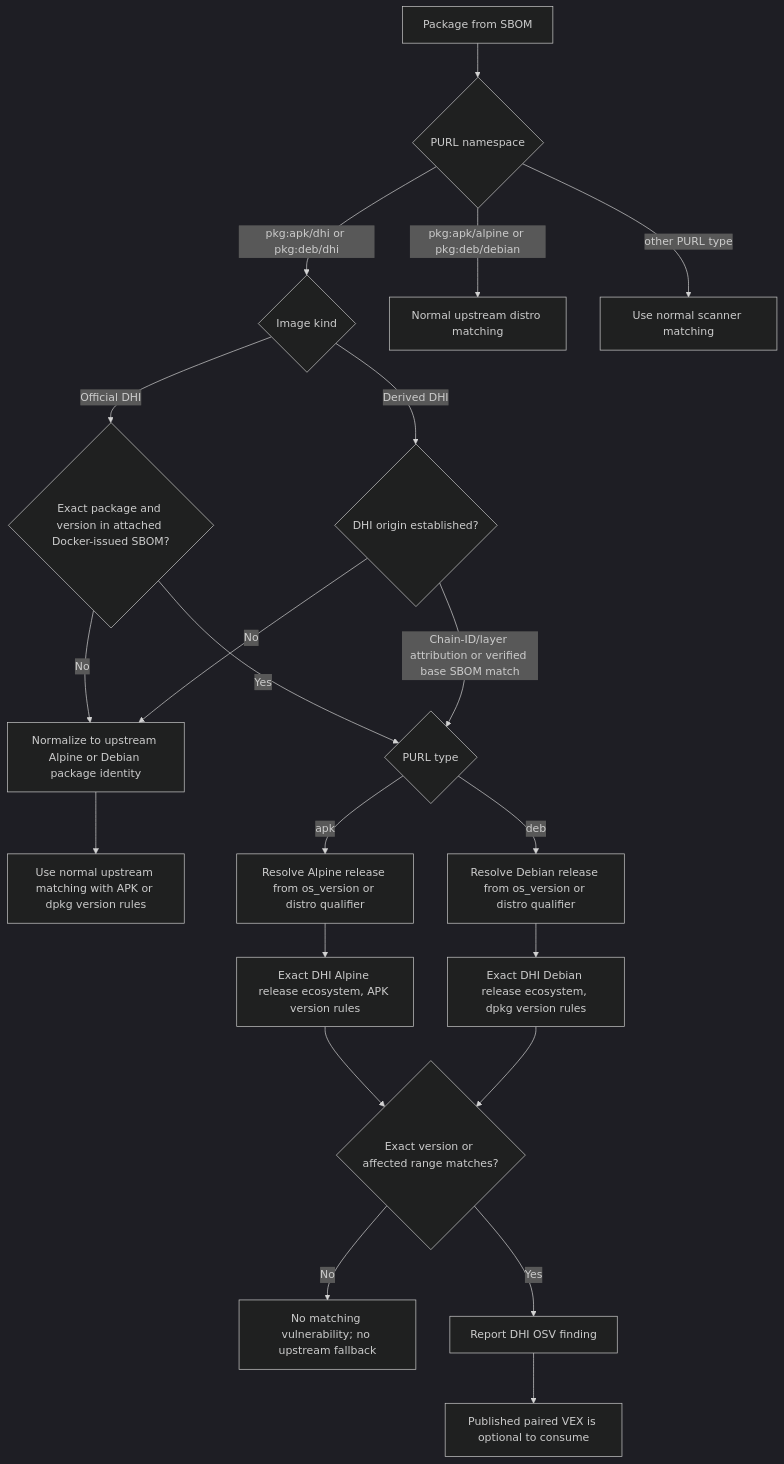
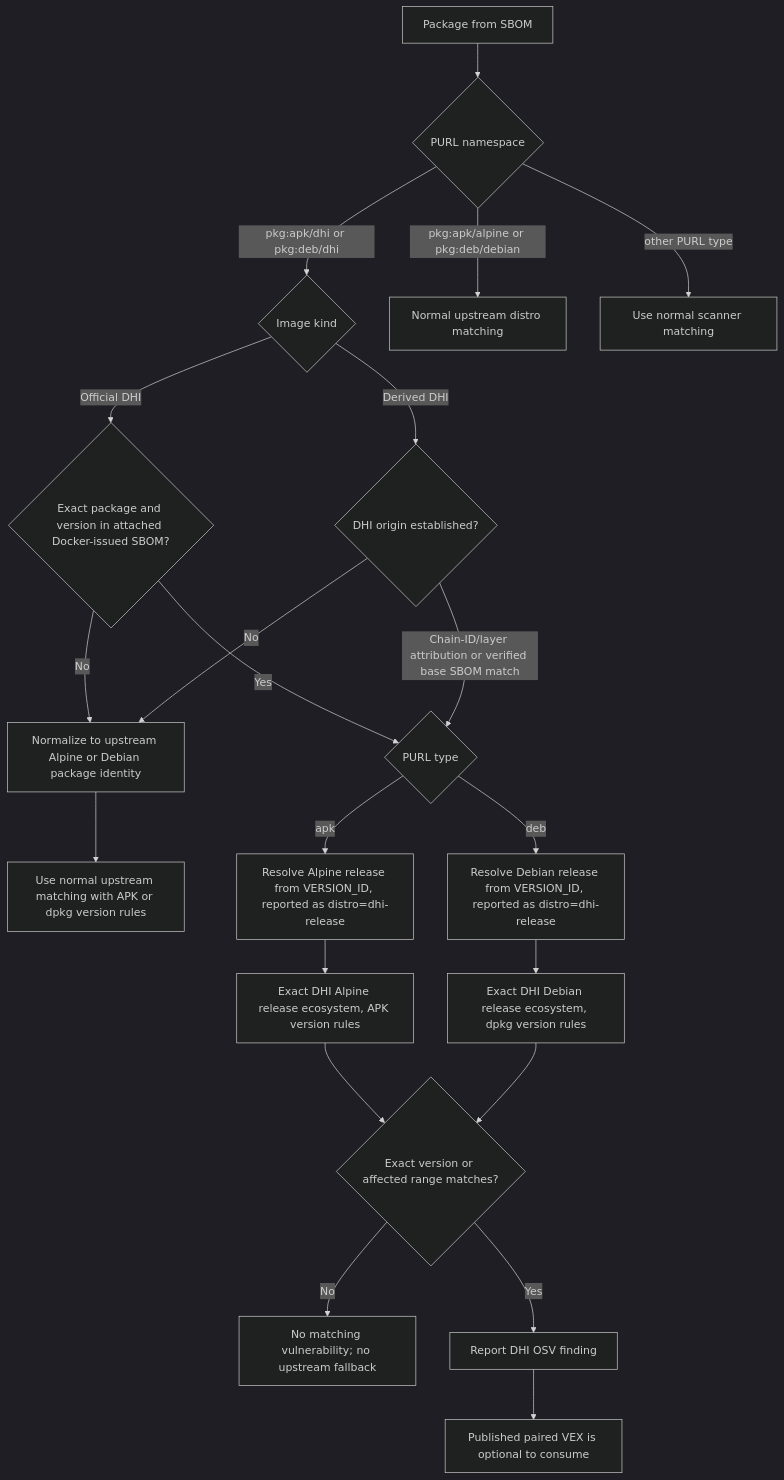
The second of 4 diagrams in integration/upcoming-id-dhi/docs/decision-trees.md (docker-hardened-images/advisories), drawn with Mermaid (dark theme) before and after one commit. The commit also changed 5 other files, not shown here.

````diff
--- a/integration/upcoming-id-dhi/docs/decision-trees.md
+++ b/integration/upcoming-id-dhi/docs/decision-trees.md
@@ -18,23 +18,23 @@
 ```mermaid
 flowchart TD
   A[Package from SBOM] --> B{PURL namespace}
   B -->|pkg:apk/dhi or pkg:deb/dhi| C{Image kind}
   B -->|pkg:apk/alpine or pkg:deb/debian| E[Normal upstream distro matching]
   B -->|other PURL type| F[Use normal scanner matching]
   C -->|Official DHI| M{Exact package and version in attached Docker-issued SBOM?}
   C -->|Derived DHI| N{DHI origin established?}
   M -->|No| J[Normalize to upstream Alpine or Debian package identity]
   M -->|Yes| D{PURL type}
   N -->|No| J
   N -->|Chain-ID/layer attribution or verified base SBOM match| D
   J --> R[Use normal upstream matching with APK or dpkg version rules]
-  D -->|apk| K[Resolve Alpine release from os_version or distro qualifier]
-  D -->|deb| L[Resolve Debian release from os_version or distro qualifier]
+  D -->|apk| K[Resolve Alpine release from VERSION_ID, reported as distro=dhi-release]
+  D -->|deb| L[Resolve Debian release from VERSION_ID, reported as distro=dhi-release]
   K --> G[Exact DHI Alpine release ecosystem, APK version rules]
   L --> H[Exact DHI Debian release ecosystem, dpkg version rules]
   G --> O{Exact version or affected range matches?}
   H --> O
   O -->|No| P[No matching vulnerability; no upstream fallback]
   O -->|Yes| I[Report DHI OSV finding]
   I --> Q[Published paired VEX is optional to consume]
 ```
````
